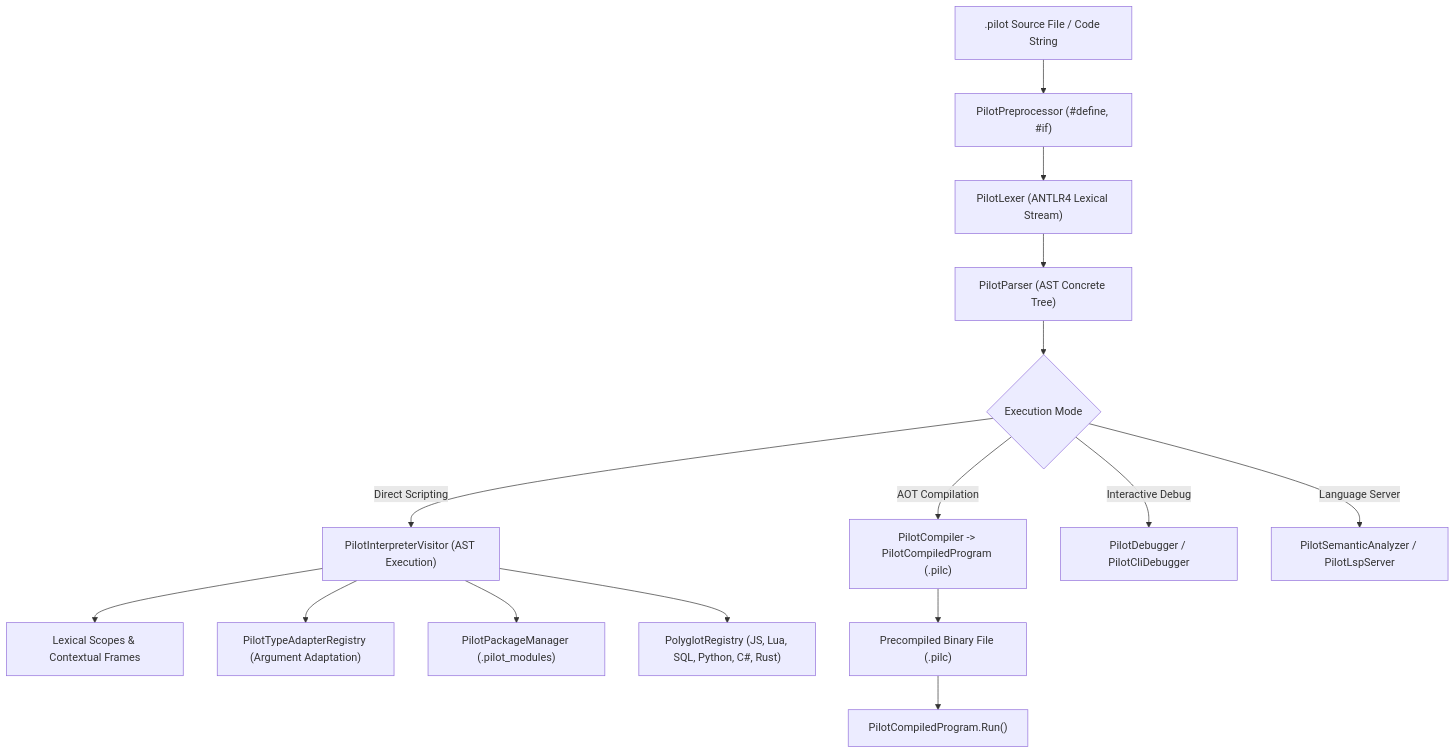
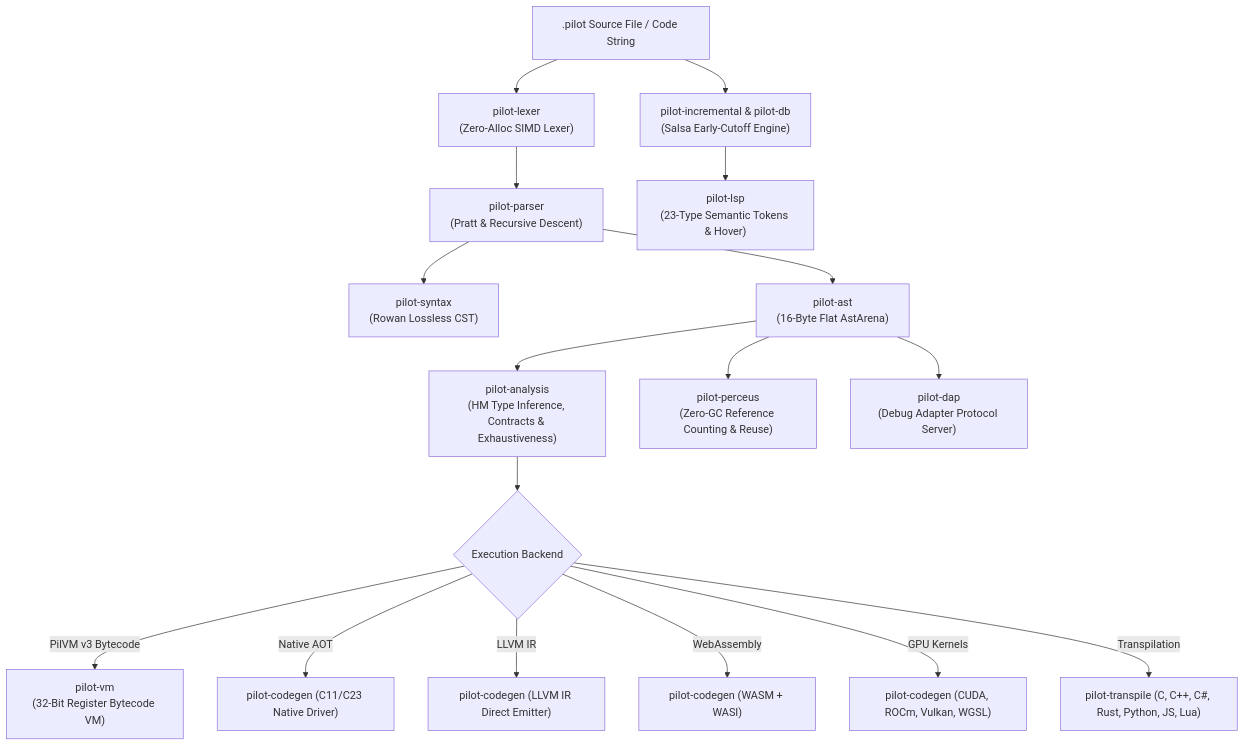
Before and after one commit to moonxbears/Pilot: the diagram in README.md, drawn with Mermaid. The commit also changed other lines of this file and 40 other files, not shown here.

First line of the commit message:
feat(tutorial): Add comprehensive step-by-step tutorial for Pilot language

````diff
--- a/README.md
+++ b/README.md
@@ -724,20 +726,23 @@
 ```mermaid
 flowchart TD
-    Source[".pilot Source File / Code String"] --> Preproc["PilotPreprocessor (#define, #if)"]
-    Preproc --> Lexer["PilotLexer (ANTLR4 Lexical Stream)"]
-    Lexer --> Parser["PilotParser (AST Concrete Tree)"]
-    Parser --> ModeCheck{"Execution Mode"}
+    Source[".pilot Source File / Code String"] --> Lexer["pilot-lexer\n(Zero-Alloc SIMD Lexer)"]
+    Lexer --> Parser["pilot-parser\n(Pratt & Recursive Descent)"]
+    Parser --> CST["pilot-syntax\n(Rowan Lossless CST)"]
+    Parser --> AST["pilot-ast\n(16-Byte Flat AstArena)"]
     
-    ModeCheck -->|Direct Scripting| Visitor["PilotInterpreterVisitor (AST Execution)"]
-    ModeCheck -->|AOT Compilation| Compiler["PilotCompiler -> PilotCompiledProgram (.pilc)"]
-    ModeCheck -->|Interactive Debug| Debugger["PilotDebugger / PilotCliDebugger"]
-    ModeCheck -->|Language Server| LSP["PilotSemanticAnalyzer / PilotLspServer"]
+    AST --> Analysis["pilot-analysis\n(HM Type Inference, Contracts & Exhaustiveness)"]
+    AST --> Perceus["pilot-perceus\n(Zero-GC Reference Counting & Reuse)"]
     
-    Visitor --> Scope["Lexical Scopes & Contextual Frames"]
-    Visitor --> Adapters["PilotTypeAdapterRegistry (Argument Adaptation)"]
-    Visitor --> PkgManager["PilotPackageManager (.pilot_modules)"]
-    Visitor --> Polyglot["PolyglotRegistry (JS, Lua, SQL, Python, C#, Rust)"]
+    Analysis --> ModeCheck{"Execution Backend"}
     
-    Compiler --> Bin["Precompiled Binary File (.pilc)"]
-    Bin --> FastExec["PilotCompiledProgram.Run()"]
+    ModeCheck -->|PilVM v3 Bytecode| VM["pilot-vm\n(32-Bit Register Bytecode VM)"]
+    ModeCheck -->|Native AOT| CCodeGen["pilot-codegen (C11/C23 Native Driver)"]
+    ModeCheck -->|LLVM IR| LLVM["pilot-codegen (LLVM IR Direct Emitter)"]
+    ModeCheck -->|WebAssembly| WASM["pilot-codegen (WASM + WASI)"]
+    ModeCheck -->|GPU Kernels| GPU["pilot-codegen (CUDA, ROCm, Vulkan, WGSL)"]
+    ModeCheck -->|Transpilation| Transpile["pilot-transpile (C, C++, C#, Rust, Python, JS, Lua)"]
+    
+    Source --> Incremental["pilot-incremental & pilot-db\n(Salsa Early-Cutoff Engine)"]
+    Incremental --> LSP["pilot-lsp\n(23-Type Semantic Tokens & Hover)"]
+    AST --> DAP["pilot-dap\n(Debug Adapter Protocol Server)"]
 ```
````
